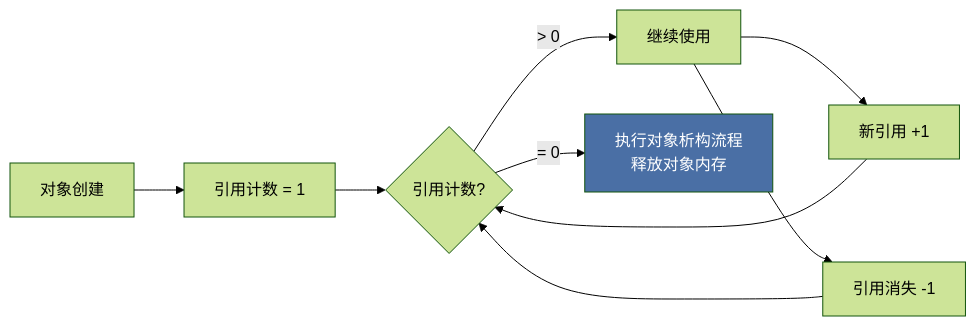
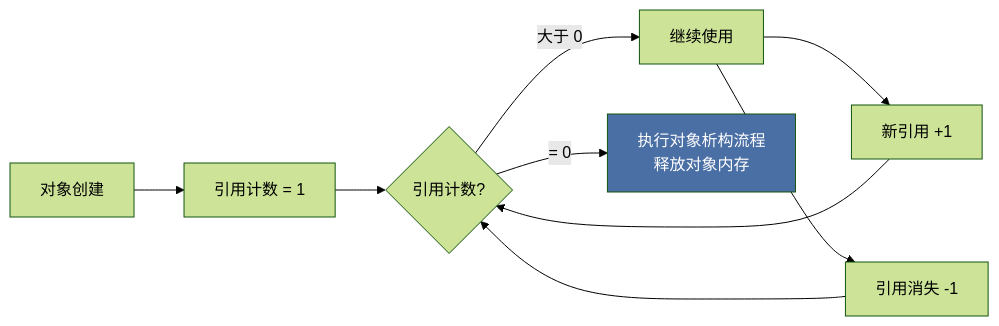
One commit to BeefWrap4/LLM-Knowledge-Base changed the fourth of 8 diagrams in 06_Python内存管理与垃圾回收.md. Above: the diagram before and after it, drawn with Mermaid (forest theme). The commit also changed other lines of this file and 12 other files, not shown here.

Commit message:
Fix Mermaid markdown label rendering

````diff
--- a/06_Python内存管理与垃圾回收.md
+++ b/06_Python内存管理与垃圾回收.md
@@ -225,12 +225,12 @@
 ```mermaid
 flowchart LR
     A[对象创建] --> B[引用计数 = 1]
     B --> C{引用计数?}
-    C -->|> 0| D[继续使用]
+    C -->|大于 0| D[继续使用]
     C -->|= 0| E["执行对象析构流程<br/>释放对象内存"]
     
     D --> F["新引用 +1"] --> C
     D --> G["引用消失 -1"] --> C
     
     style E fill:#4A6FA5,color:#fff
 ```
````
